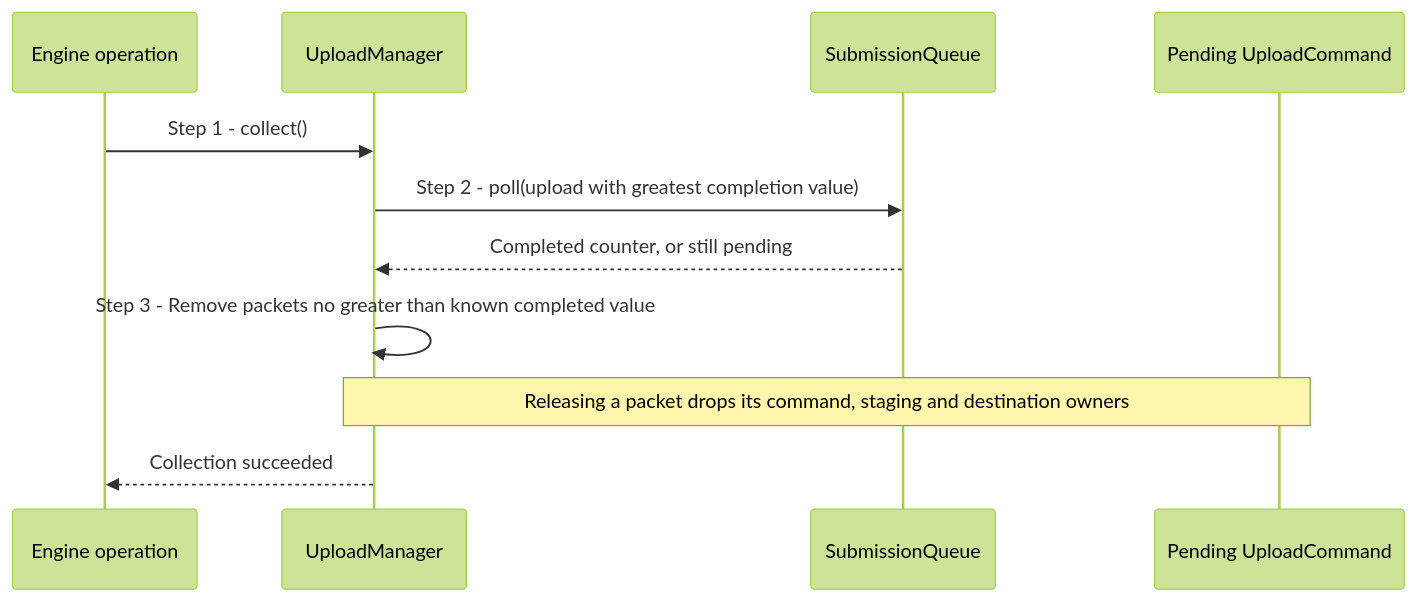
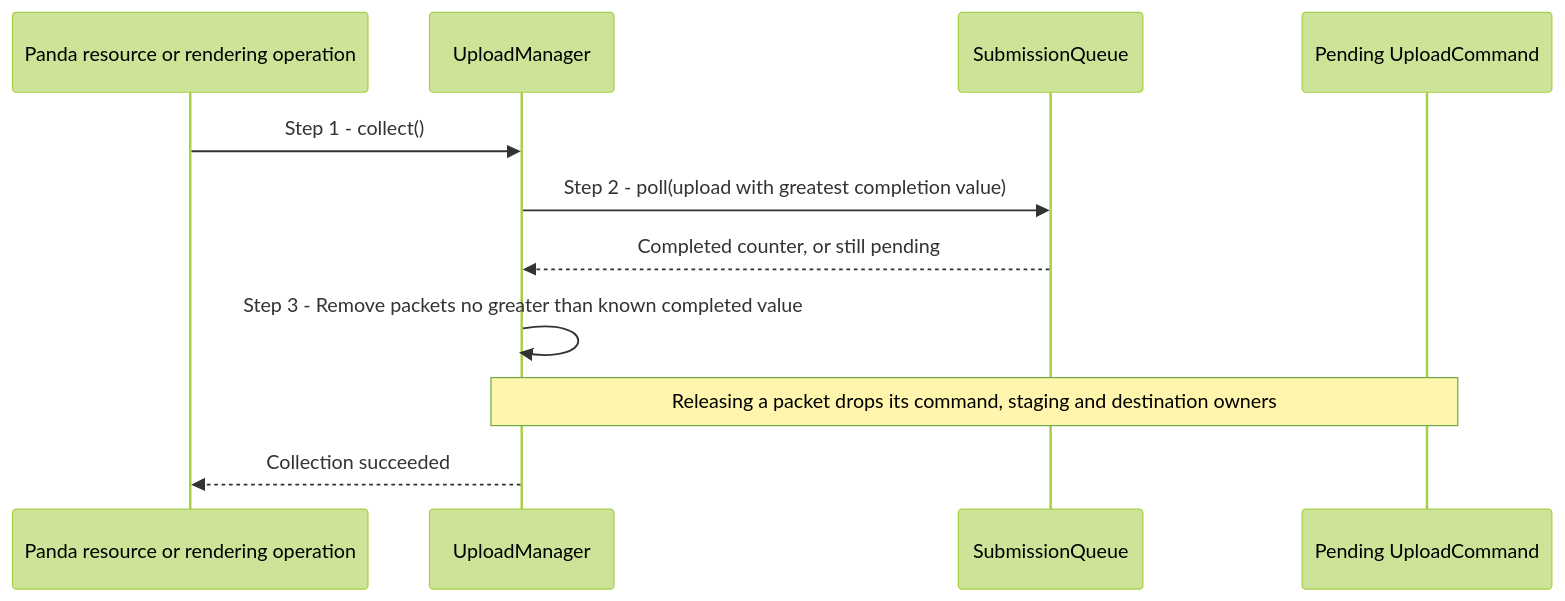
Before and after one commit to a-soltysik/Panda: the diagram in docs/use-cases/reclaim-completed-uploads.md, drawn with Mermaid (forest theme). The commit also changed other lines of this file and 22 other files, not shown here.

Commit message:
Remove resource and submission callbacks into Engine (#123)

````diff
--- a/docs/use-cases/reclaim-completed-uploads.md
+++ b/docs/use-cases/reclaim-completed-uploads.md
@@ -40,13 +42,13 @@
 ```mermaid
 sequenceDiagram
-    participant C as Engine operation
+    participant C as Panda resource or rendering operation
     participant U as UploadManager
     participant Q as SubmissionQueue
     participant P as Pending UploadCommand
     C->>U: Step 1 - collect()
     U->>Q: Step 2 - poll(upload with greatest completion value)
     Q-->>U: Completed counter, or still pending
     U->>U: Step 3 - Remove packets no greater than known completed value
     Note over U,P: Releasing a packet drops its command, staging and destination owners
     U-->>C: Collection succeeded
 ```
````
